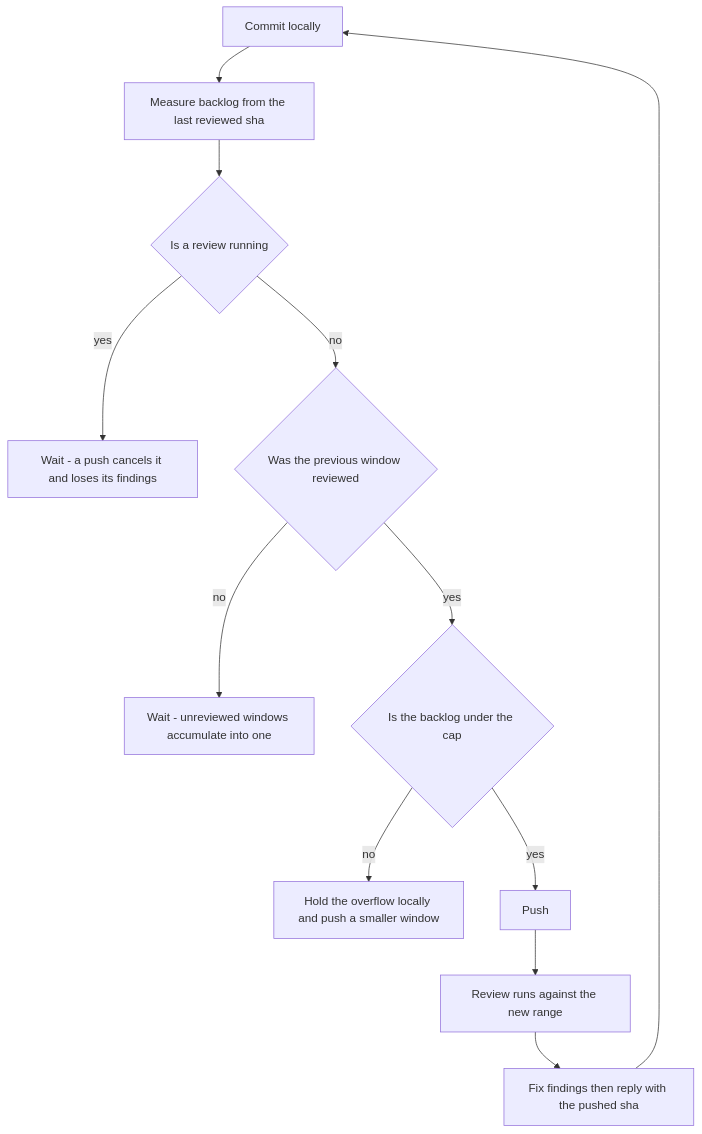
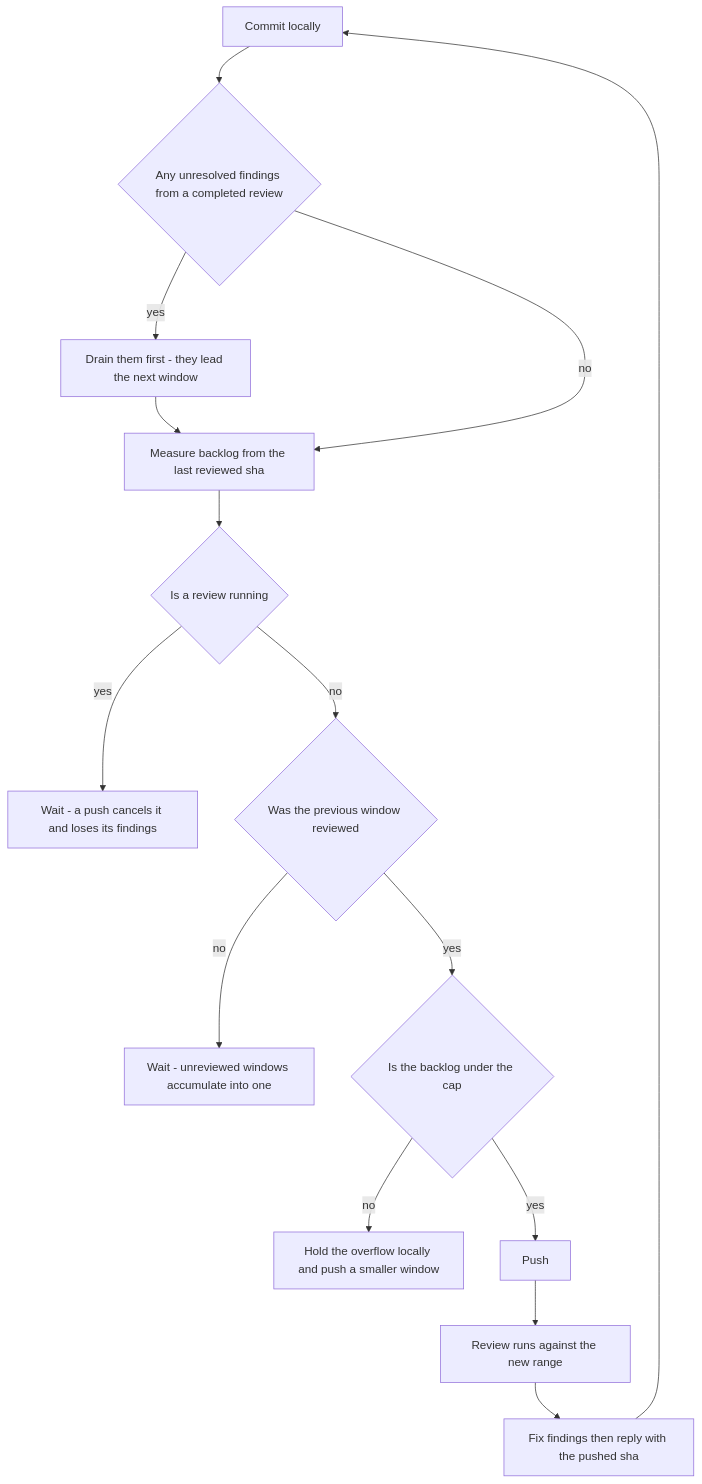
One commit to Esposter/Esposter changed the diagram in .claude/skills/coderabbit/SKILL.md. Above: the diagram before and after it, drawn with Mermaid. The commit also changed other lines of this file and 3 other files, not shown here.

````diff
--- a/.claude/skills/coderabbit/SKILL.md
+++ b/.claude/skills/coderabbit/SKILL.md
@@ -67,14 +67,17 @@
 ```mermaid
 flowchart TD
-  C[Commit locally] --> M[Measure backlog from the last reviewed sha]
+  C[Commit locally] --> D{Any unresolved findings from a completed review}
+  D -->|yes| DR[Drain them first - they lead the next window]
+  DR --> M[Measure backlog from the last reviewed sha]
+  D -->|no| M
   M --> R{Is a review running}
   R -->|yes| W1[Wait - a push cancels it and loses its findings]
   R -->|no| P{Was the previous window reviewed}
   P -->|no| W2[Wait - unreviewed windows accumulate into one]
   P -->|yes| B{Is the backlog under the cap}
   B -->|no| H[Hold the overflow locally and push a smaller window]
   B -->|yes| PU[Push]
   PU --> RV[Review runs against the new range]
   RV --> F[Fix findings then reply with the pushed sha]
   F --> C
 ```
````
